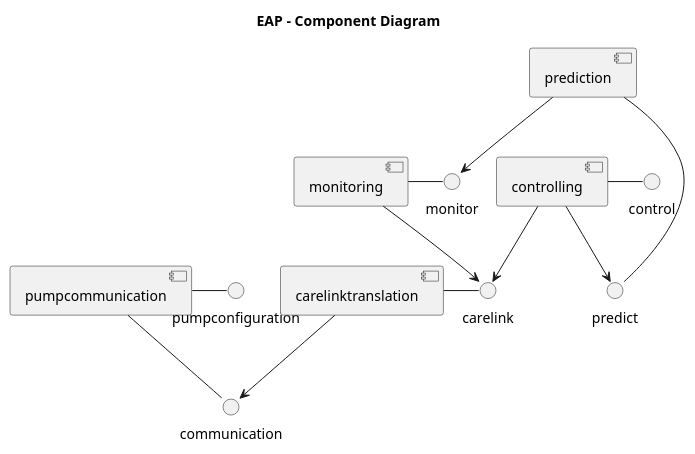
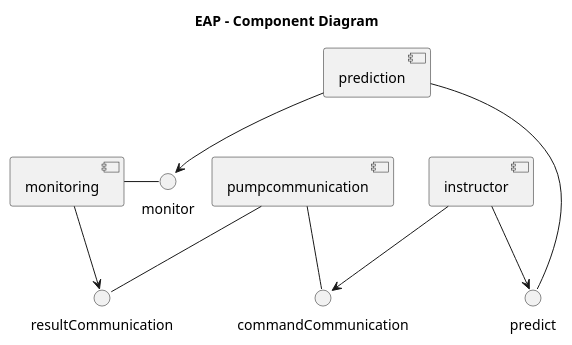
Before and after one commit to Nightscou2018/EAP: the diagram in doc/component-diagram.puml, drawn with PlantUML. The commit also changed 5 other files, not shown here.

```diff
--- a/doc/component-diagram.puml
+++ b/doc/component-diagram.puml
@@ -1,19 +1,17 @@
 @startuml
 
 title EAP - Component Diagram
 
-[pumpcommunication] -- communication
-[pumpcommunication] - pumpconfiguration
-[carelinktranslation] - carelink
+[instructor]
+[pumpcommunication] -- resultCommunication
+[pumpcommunication] -- commandCommunication
 [monitoring] - monitor
 [prediction] - predict
-[controlling] - control
-
-[carelinktranslation] --> communication
-[monitoring] --> carelink
-[prediction] --> monitor
-[controlling] --> predict
-[controlling] --> carelink
 
 
+[monitoring] --> resultCommunication
+[prediction] --> monitor
+[instructor] --> predict
+[instructor] --> commandCommunication
+
 @enduml
```
